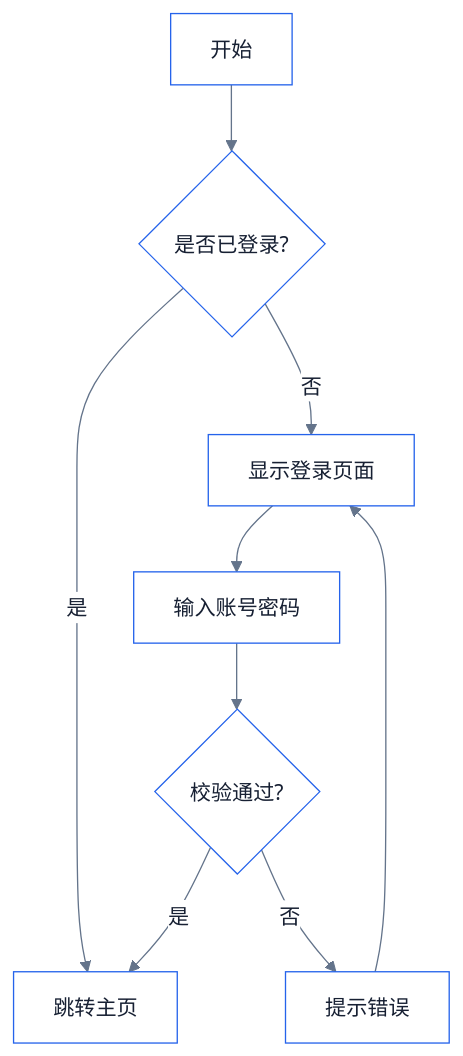
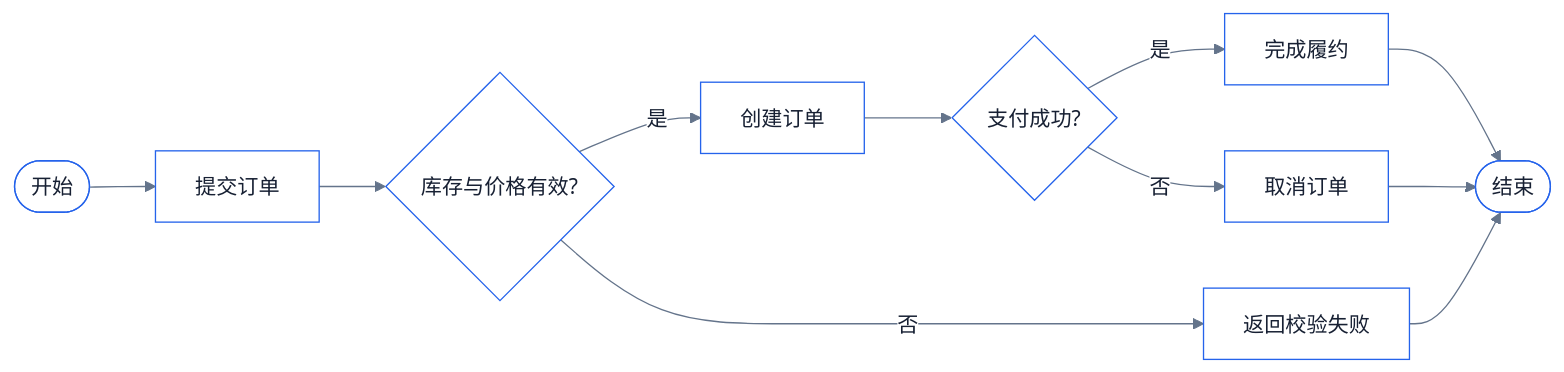
The diagram in .opencode/skills/mermaid-gen/examples/flowchart.md (BeWaterMyFriend7/SKILL-PROJECT), drawn with Mermaid before and after one commit. The commit also changed other lines of this file and 39 other files, not shown here.

First line of the commit message:
优化 mermaid-gen 生成流程与校验能力

````diff
--- a/.opencode/skills/mermaid-gen/examples/flowchart.md
+++ b/.opencode/skills/mermaid-gen/examples/flowchart.md
@@ -4,12 +5,14 @@
 ```mermaid
 %%{init: {"theme":"base","themeVariables":{"fontFamily":"Inter, Noto Sans SC, Microsoft YaHei, sans-serif","primaryColor":"#FFFFFF","primaryBorderColor":"#2563EB","primaryTextColor":"#172033","lineColor":"#64748B","background":"#F6F8FB"}}}%%
-flowchart TD
-    A[开始] --> B{是否已登录?}
-    B -->|是| C[跳转主页]
-    B -->|否| D[显示登录页面]
-    D --> E[输入账号密码]
-    E --> F{校验通过?}
-    F -->|是| C
-    F -->|否| G[提示错误]
-    G --> D
+flowchart LR
+    start([开始]) --> submit[提交订单]
+    submit --> validate{库存与价格有效?}
+    validate -->|是| create[创建订单]
+    create --> pay{支付成功?}
+    pay -->|是| finish[完成履约]
+    pay -->|否| cancel[取消订单]
+    validate -->|否| reject[返回校验失败]
+    cancel --> endNode([结束])
+    reject --> endNode
+    finish --> endNode
 ```
````
